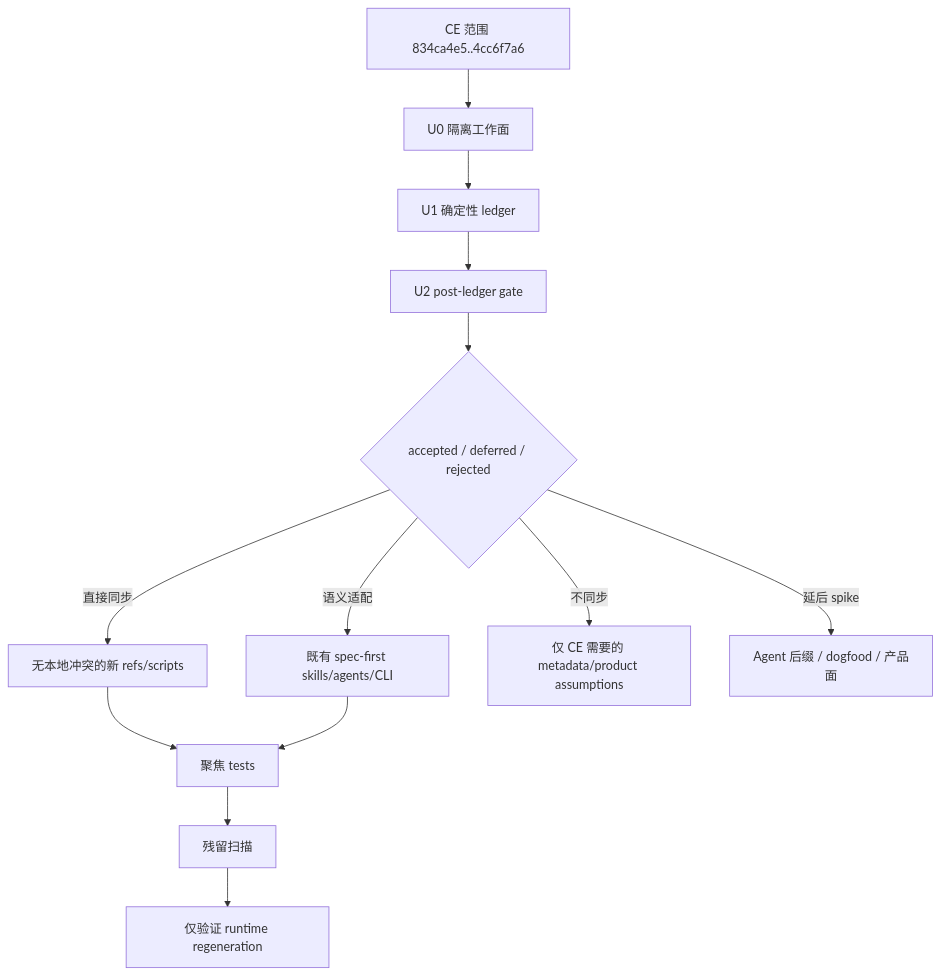
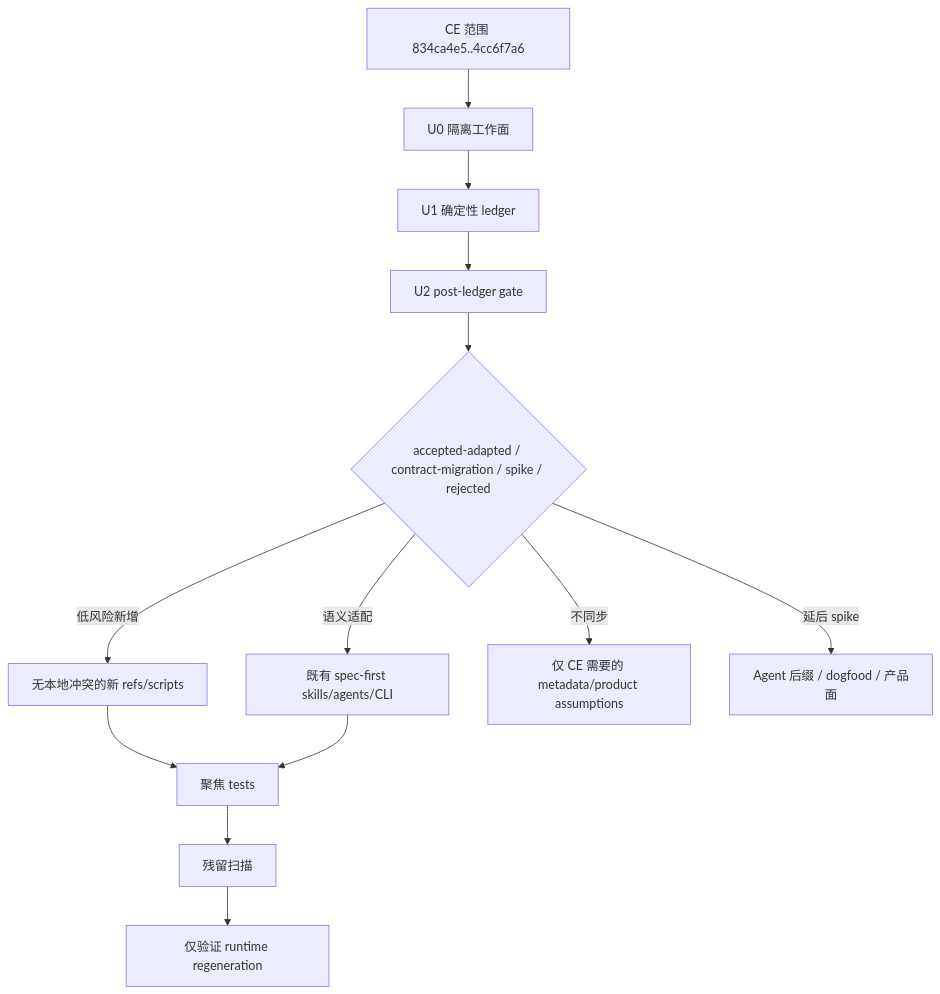
Before and after one commit to ajiao7240/spec-first: the diagram in docs/plans/2026-06-03-002-refactor-sync-ce-4cc6f7a6-workflow-updates-plan.md, drawn with Mermaid. The commit also changed other lines of this file and 2 other files, not shown here.

````diff
--- a/docs/plans/2026-06-03-002-refactor-sync-ce-4cc6f7a6-workflow-updates-plan.md
+++ b/docs/plans/2026-06-03-002-refactor-sync-ce-4cc6f7a6-workflow-updates-plan.md
@@ -200,15 +211,15 @@
 ```mermaid
 flowchart TD
   A[CE 范围 834ca4e5..4cc6f7a6] --> Z[U0 隔离工作面]
   Z --> B[U1 确定性 ledger]
   B --> C[U2 post-ledger gate]
-  C --> D0{accepted / deferred / rejected}
-  D0 -->|直接同步| D[无本地冲突的新 refs/scripts]
+  C --> D0{accepted-adapted / contract-migration / spike / rejected}
+  D0 -->|低风险新增| D[无本地冲突的新 refs/scripts]
   D0 -->|语义适配| E[既有 spec-first skills/agents/CLI]
   D0 -->|不同步| F[仅 CE 需要的 metadata/product assumptions]
   D0 -->|延后 spike| G[Agent 后缀 / dogfood / 产品面]
   D --> H[聚焦 tests]
   E --> H
   H --> I[残留扫描]
   I --> J[仅验证 runtime regeneration]
 ```
````
